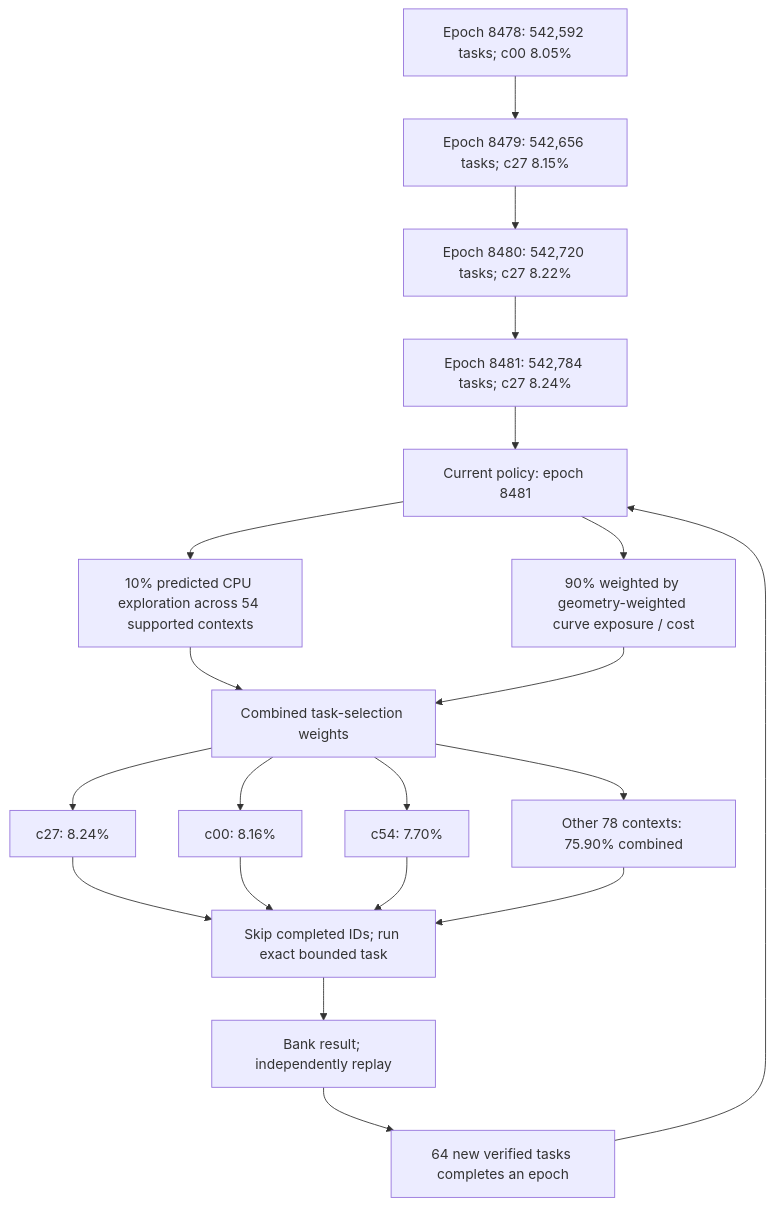
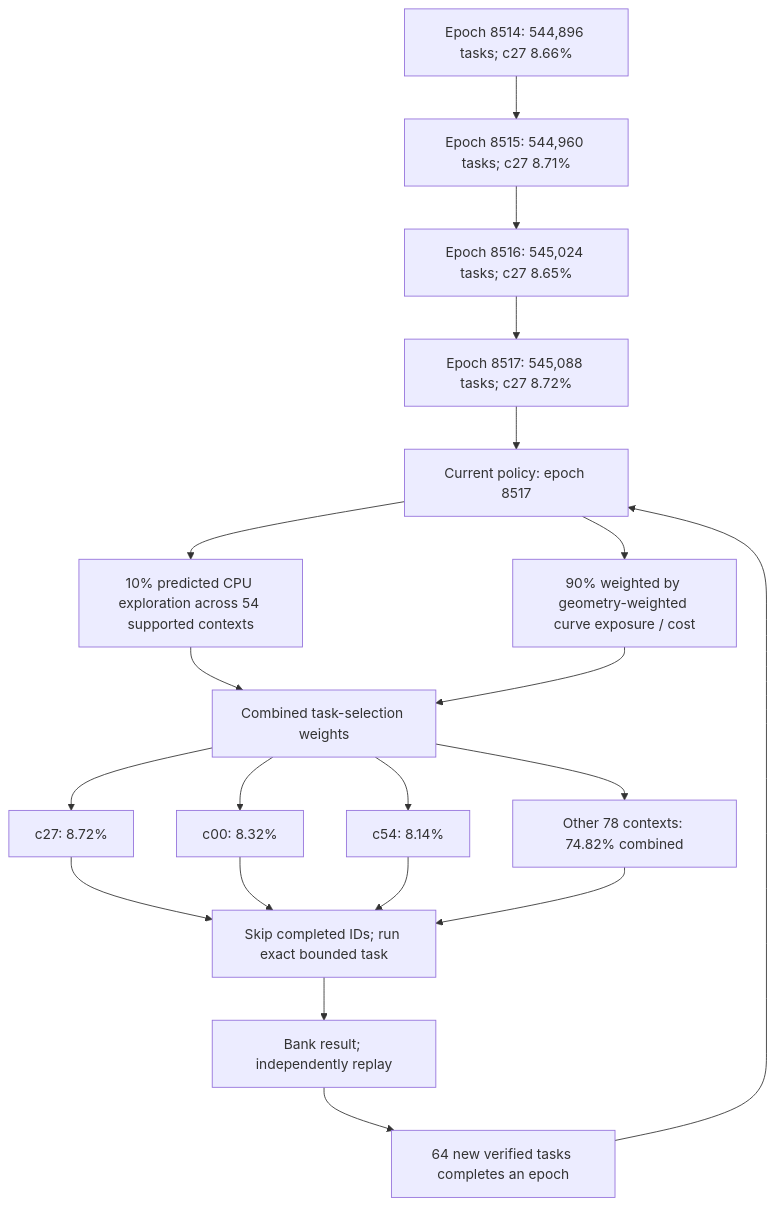
Before and after one commit to Kuberwastaken/math-gambling: the first of 4 diagrams in README.md, drawn with Mermaid. The commit also changed other lines of this file and 5266 other files, not shown here.

````diff
--- a/README.md
+++ b/README.md
@@ -60,27 +60,27 @@
 ```mermaid
 flowchart TD
-    H0["Epoch 8478: 542,592 tasks; c00 8.05%"]
-    H1["Epoch 8479: 542,656 tasks; c27 8.15%"]
+    H0["Epoch 8514: 544,896 tasks; c27 8.66%"]
+    H1["Epoch 8515: 544,960 tasks; c27 8.71%"]
     H0 --> H1
-    H2["Epoch 8480: 542,720 tasks; c27 8.22%"]
+    H2["Epoch 8516: 545,024 tasks; c27 8.65%"]
     H1 --> H2
-    H3["Epoch 8481: 542,784 tasks; c27 8.24%"]
+    H3["Epoch 8517: 545,088 tasks; c27 8.72%"]
     H2 --> H3
-    Policy["Current policy: epoch 8481"]
+    Policy["Current policy: epoch 8517"]
     H3 --> Policy
     Policy --> Explore["10% predicted CPU exploration across 54 supported contexts"]
     Policy --> Cost["90% weighted by geometry-weighted curve exposure / cost"]
     Explore --> Mix["Combined task-selection weights"]
     Cost --> Mix
-    Mix --> C0["c27: 8.24%"]
-    Mix --> C1["c00: 8.16%"]
-    Mix --> C2["c54: 7.70%"]
-    Mix --> Rest["Other 78 contexts: 75.90% combined"]
+    Mix --> C0["c27: 8.72%"]
+    Mix --> C1["c00: 8.32%"]
+    Mix --> C2["c54: 8.14%"]
+    Mix --> Rest["Other 78 contexts: 74.82% combined"]
     C0 --> Check["Skip completed IDs; run exact bounded task"]
     C1 --> Check
     C2 --> Check
     Rest --> Check
     Check --> Replay["Bank result; independently replay"]
     Replay --> Gate["64 new verified tasks completes an epoch"]
     Gate --> Policy
 ```
````
